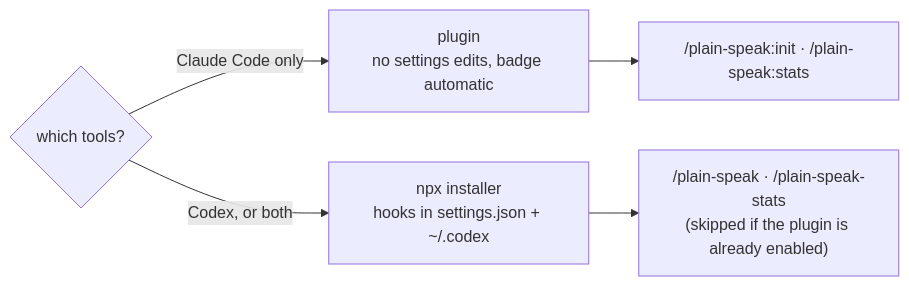
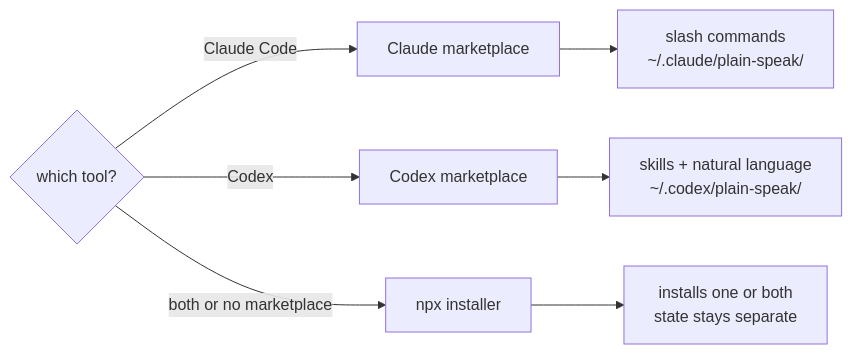
One commit to rnzsanchez/plain-speak changed the diagram in docs/install.md. Above: the diagram before and after it, drawn with Mermaid. The commit also changed other lines of this file and 15 other files, not shown here.

Commit message:
feat: add native Codex marketplace support

````diff
--- a/docs/install.md
+++ b/docs/install.md
@@ -5,7 +5,9 @@
 ```mermaid
 flowchart LR
-    Q{"which tools?"} -->|"Claude Code only"| P["plugin<br/>no settings edits, badge automatic"]
-    Q -->|"Codex, or both"| N["npx installer<br/>hooks in settings.json + ~/.codex"]
-    P --> C1["/plain-speak:init · /plain-speak:stats"]
-    N --> C2["/plain-speak · /plain-speak-stats<br/>(skipped if the plugin is already enabled)"]
+    Q{"which tool?"} -->|"Claude Code"| C["Claude marketplace"]
+    Q -->|"Codex"| X["Codex marketplace"]
+    Q -->|"both or no marketplace"| N["npx installer"]
+    C --> C1["slash commands<br/>~/.claude/plain-speak/"]
+    X --> X1["skills + natural language<br/>~/.codex/plain-speak/"]
+    N --> B["installs one or both<br/>state stays separate"]
 ```
````
